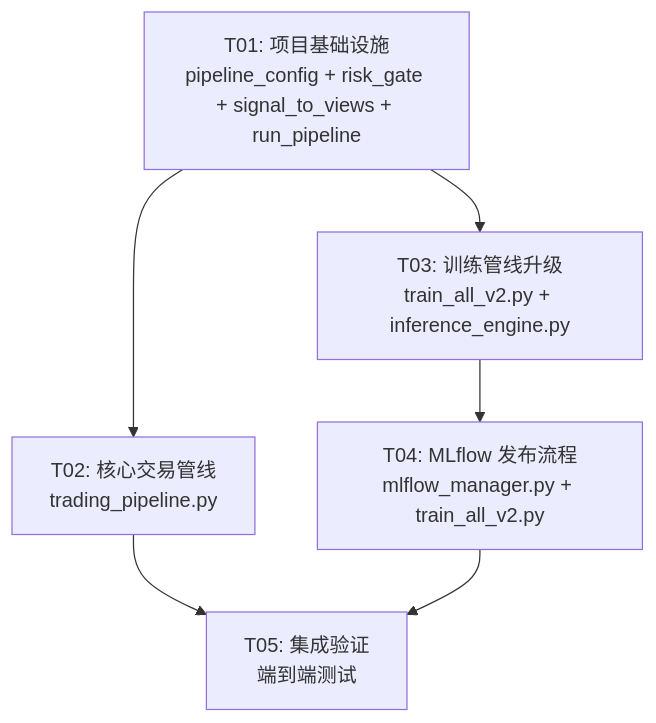
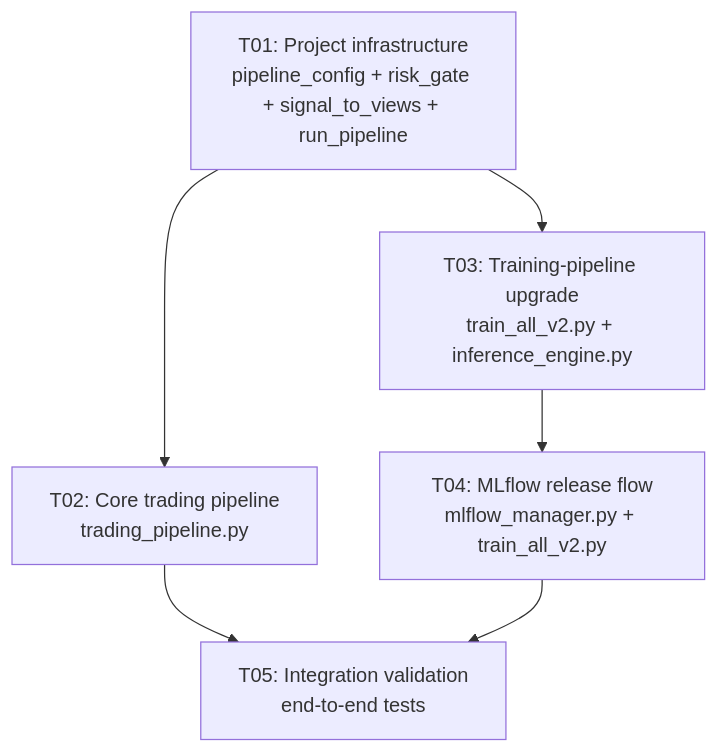
One commit to AndrewMa1992/quant-ai-trader changed the second of 2 diagrams in docs/IMPROVEMENT-PLAN.md. Above: the diagram before and after it, drawn with Mermaid. The commit also changed other lines of this file and 130 other files, not shown here.

````diff
--- a/docs/IMPROVEMENT-PLAN.md
+++ b/docs/IMPROVEMENT-PLAN.md
@@ -586,14 +586,14 @@
 ```mermaid
 graph TD
-    T01["T01: 项目基础设施<br/>pipeline_config + risk_gate + signal_to_views + run_pipeline"]
-    T02["T02: 核心交易管线<br/>trading_pipeline.py"]
-    T03["T03: 训练管线升级<br/>train_all_v2.py + inference_engine.py"]
-    T04["T04: MLflow 发布流程<br/>mlflow_manager.py + train_all_v2.py"]
-    T05["T05: 集成验证<br/>端到端测试"]
+    T01["T01: Project infrastructure<br/>pipeline_config + risk_gate + signal_to_views + run_pipeline"]
+    T02["T02: Core trading pipeline<br/>trading_pipeline.py"]
+    T03["T03: Training-pipeline upgrade<br/>train_all_v2.py + inference_engine.py"]
+    T04["T04: MLflow release flow<br/>mlflow_manager.py + train_all_v2.py"]
+    T05["T05: Integration validation<br/>end-to-end tests"]
     
     T01 --> T02
     T01 --> T03
     T03 --> T04
     T02 --> T05
     T04 --> T05
 ```
````
